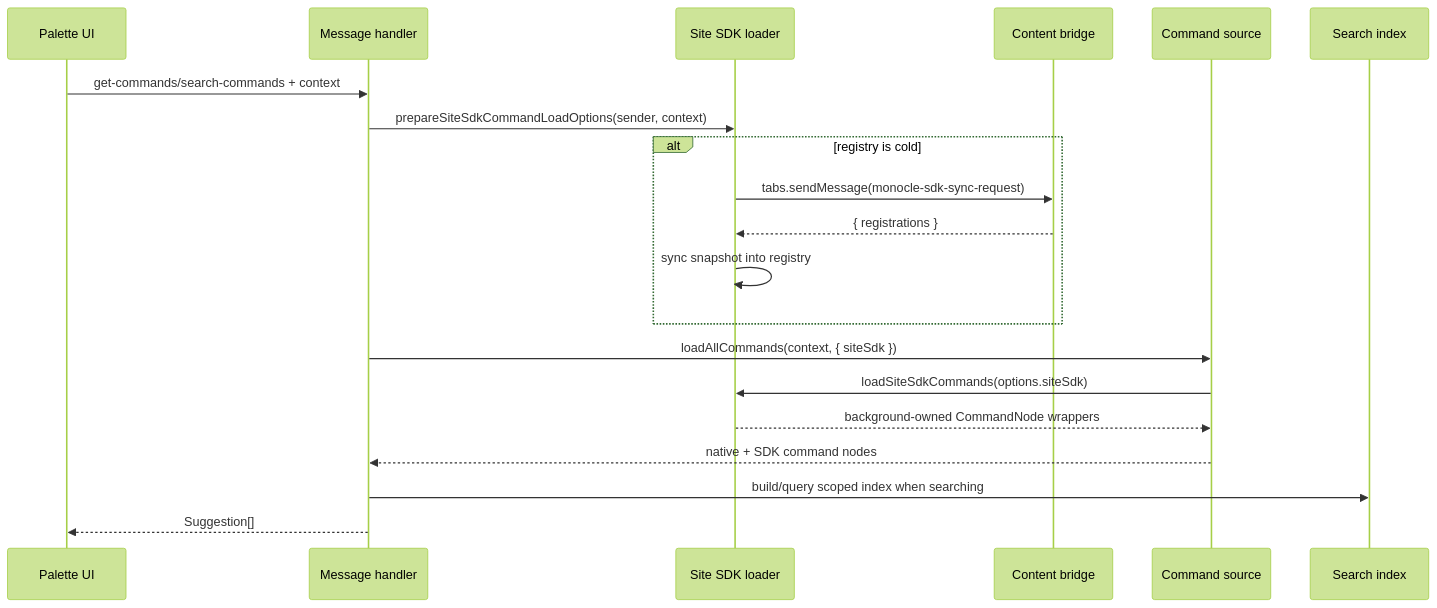
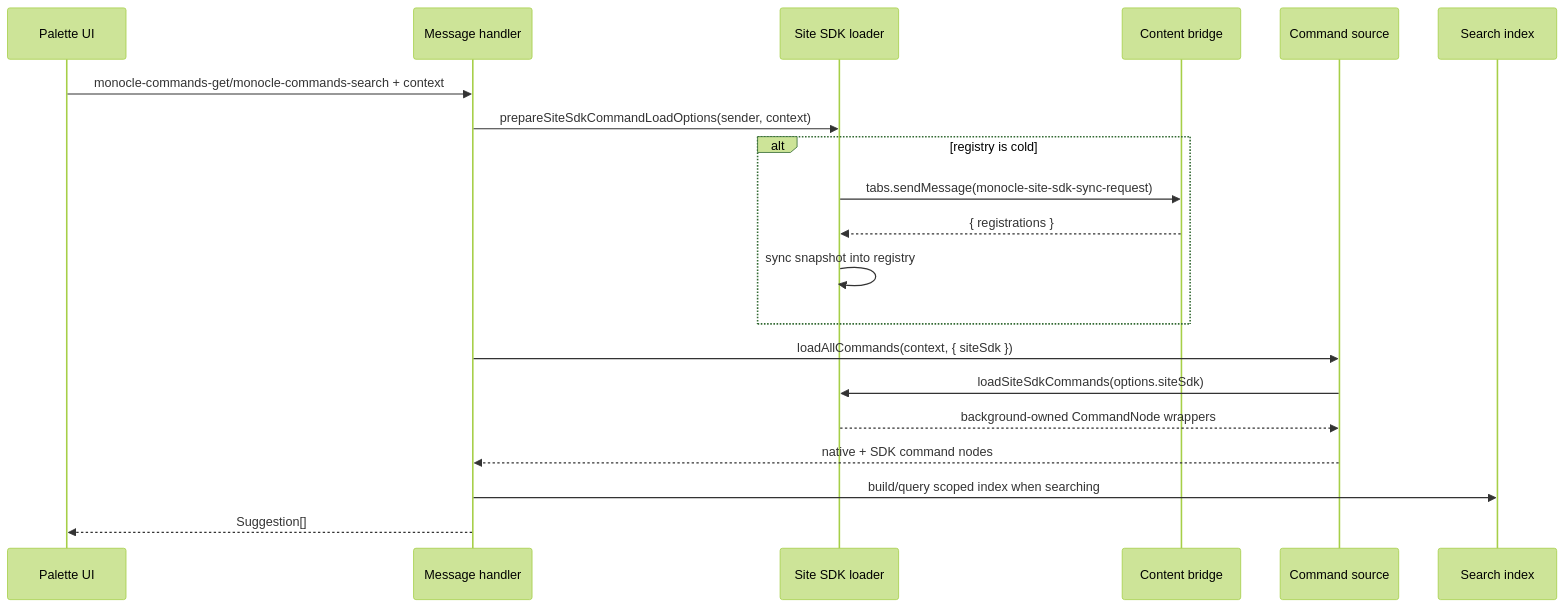
The second of 3 diagrams in docs/site-sdk.md (jamesmacfie/monocle), drawn with Mermaid (forest theme) before and after one commit. The commit also changed other lines of this file and 221 other files, not shown here.

````diff
--- a/docs/site-sdk.md
+++ b/docs/site-sdk.md
@@ -237,23 +237,23 @@
 ```mermaid
 sequenceDiagram
   participant UI as Palette UI
   participant Msg as Message handler
   participant SDK as Site SDK loader
   participant Bridge as Content bridge
   participant Source as Command source
   participant Search as Search index
 
-  UI->>Msg: get-commands/search-commands + context
+  UI->>Msg: monocle-commands-get/monocle-commands-search + context
   Msg->>SDK: prepareSiteSdkCommandLoadOptions(sender, context)
   alt registry is cold
-    SDK->>Bridge: tabs.sendMessage(monocle-sdk-sync-request)
+    SDK->>Bridge: tabs.sendMessage(monocle-site-sdk-sync-request)
     Bridge-->>SDK: { registrations }
     SDK->>SDK: sync snapshot into registry
   end
   Msg->>Source: loadAllCommands(context, { siteSdk })
   Source->>SDK: loadSiteSdkCommands(options.siteSdk)
   SDK-->>Source: background-owned CommandNode wrappers
   Source-->>Msg: native + SDK command nodes
   Msg->>Search: build/query scoped index when searching
   Msg-->>UI: Suggestion[]
 ```
````
